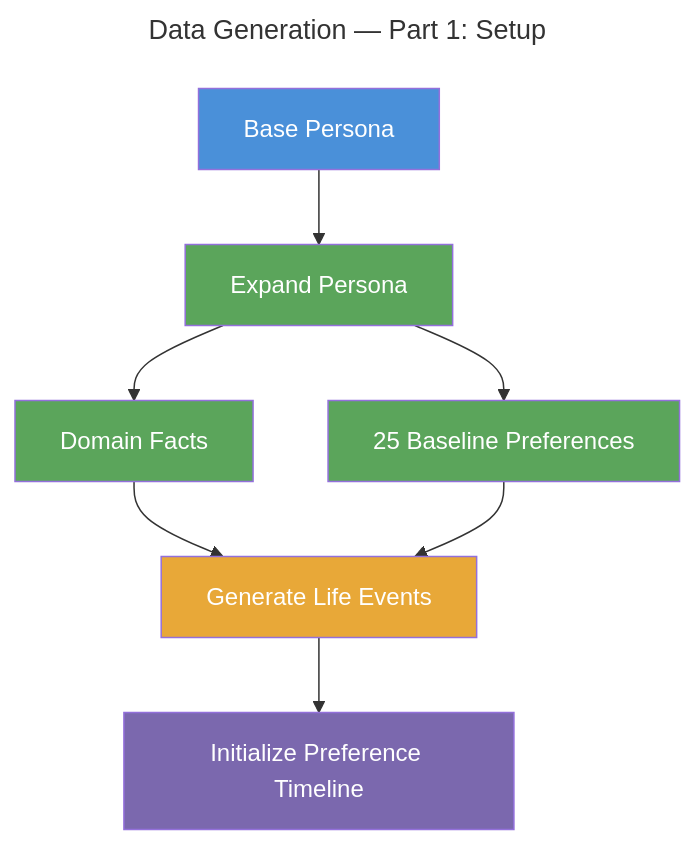
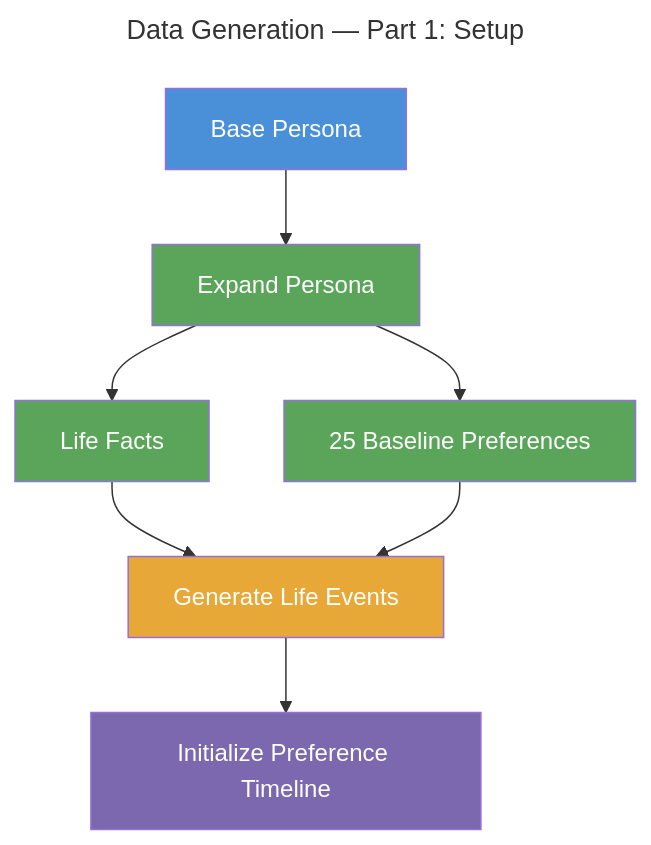
Before and after one commit to nisyad-ms/BYOM-Bench: the diagram in docs/data_generation_workflow_1.mmd, drawn with Mermaid. The commit also changed 47 other files, not shown here.

```diff
--- a/docs/data_generation_workflow_1.mmd
+++ b/docs/data_generation_workflow_1.mmd
@@ -1,17 +1,17 @@
 ---
 title: "Data Generation — Part 1: Setup"
 ---
 flowchart TD
     A[Base Persona] --> B[Expand Persona]
-    B --> C[Domain Facts]
+    B --> C[Life Facts]
     B --> D[25 Baseline Preferences]
     C --> E[Generate Life Events]
     D --> E
     E --> F[Initialize Preference Timeline]
 
     style A fill:#4A90D9,color:#fff
     style B fill:#5BA55B,color:#fff
     style C fill:#5BA55B,color:#fff
     style D fill:#5BA55B,color:#fff
     style E fill:#E8A838,color:#fff
     style F fill:#7B68AE,color:#fff
```
